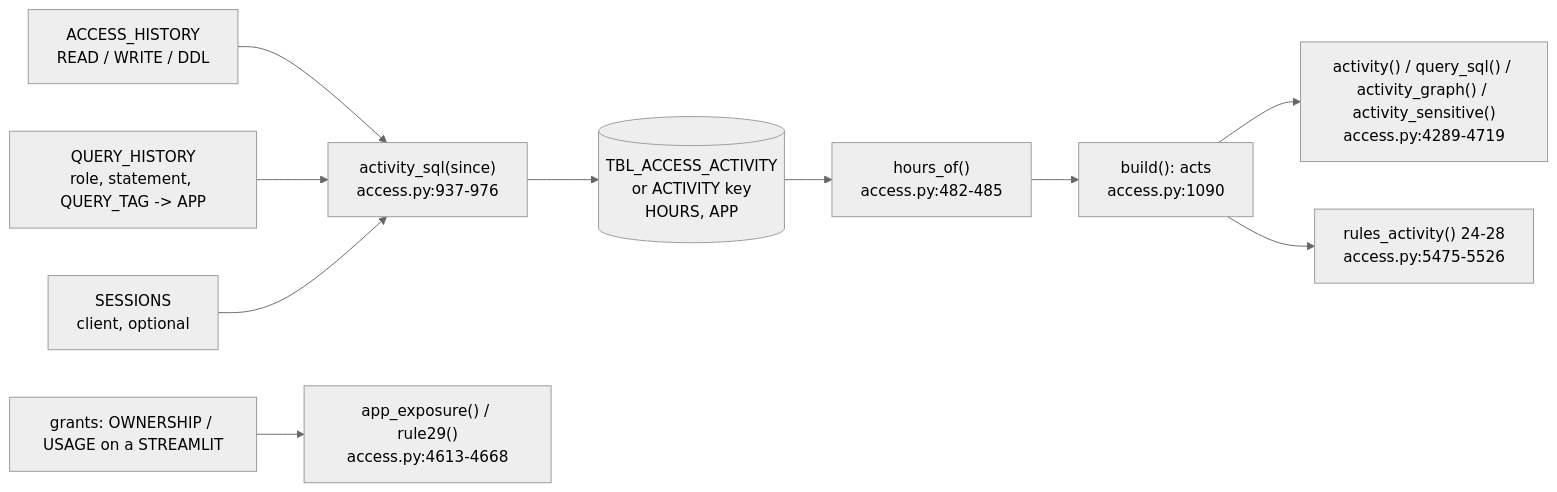
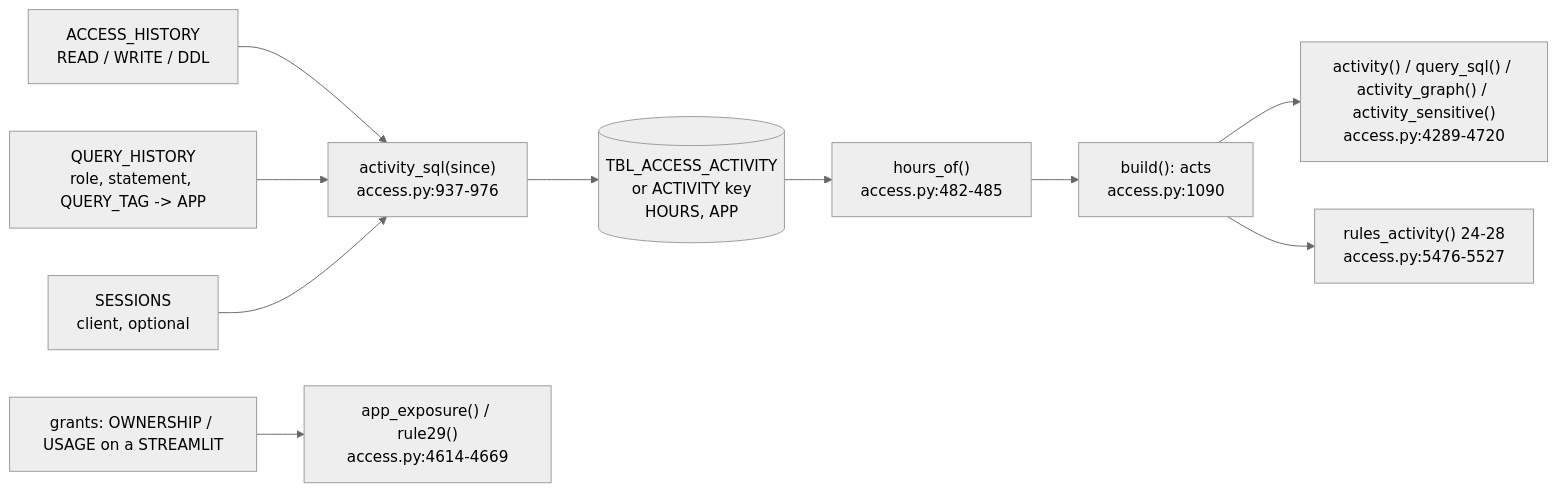
The diagram in snowflake-access-explorer-knowledge-graph/logic/activity.md (darshanmeel/snowflake-access-explorer), drawn with Mermaid (neutral theme) before and after one commit. The commit also changed other lines of this file and 28 other files, not shown here.

Commit message:
Knowledge graph at 8e4e792 (section SQL fix), node lines synced

````diff
--- a/snowflake-access-explorer-knowledge-graph/logic/activity.md
+++ b/snowflake-access-explorer-knowledge-graph/logic/activity.md
@@ -6,12 +6,12 @@
 ```mermaid
 flowchart LR
   AH[ACCESS_HISTORY<br/>READ / WRITE / DDL] --> SQLA["activity_sql(since)<br/>access.py:937-976"]
   QH[QUERY_HISTORY<br/>role, statement, QUERY_TAG -> APP] --> SQLA
   SE[SESSIONS<br/>client, optional] --> SQLA
   SQLA --> T[(TBL_ACCESS_ACTIVITY<br/>or ACTIVITY key<br/>HOURS, APP)]
   T --> HO["hours_of()<br/>access.py:482-485"]
   HO --> ACTS["build(): acts<br/>access.py:1090"]
-  ACTS --> TAB["activity() / query_sql() / activity_graph() / activity_sensitive()<br/>access.py:4289-4719"]
-  ACTS --> R["rules_activity() 24-28<br/>access.py:5475-5526"]
-  G[grants: OWNERSHIP / USAGE on a STREAMLIT] --> AX["app_exposure() / rule29()<br/>access.py:4613-4668"]
+  ACTS --> TAB["activity() / query_sql() / activity_graph() / activity_sensitive()<br/>access.py:4289-4720"]
+  ACTS --> R["rules_activity() 24-28<br/>access.py:5476-5527"]
+  G[grants: OWNERSHIP / USAGE on a STREAMLIT] --> AX["app_exposure() / rule29()<br/>access.py:4614-4669"]
 ```
````
